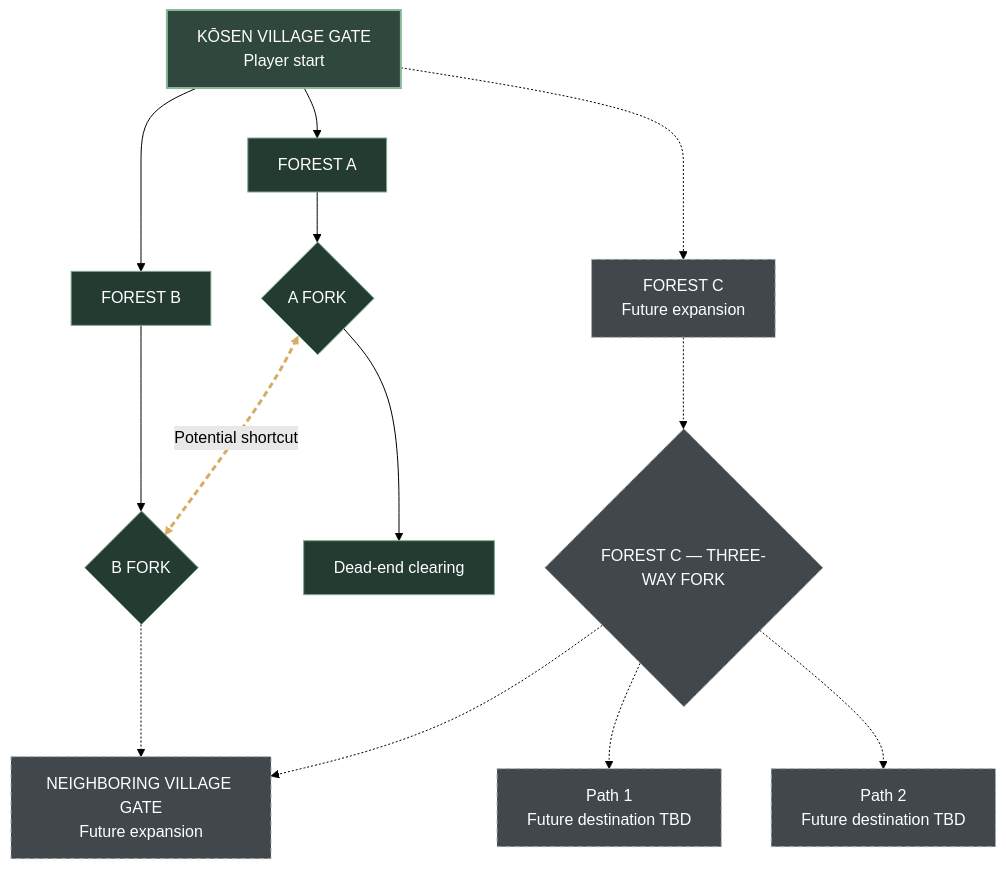
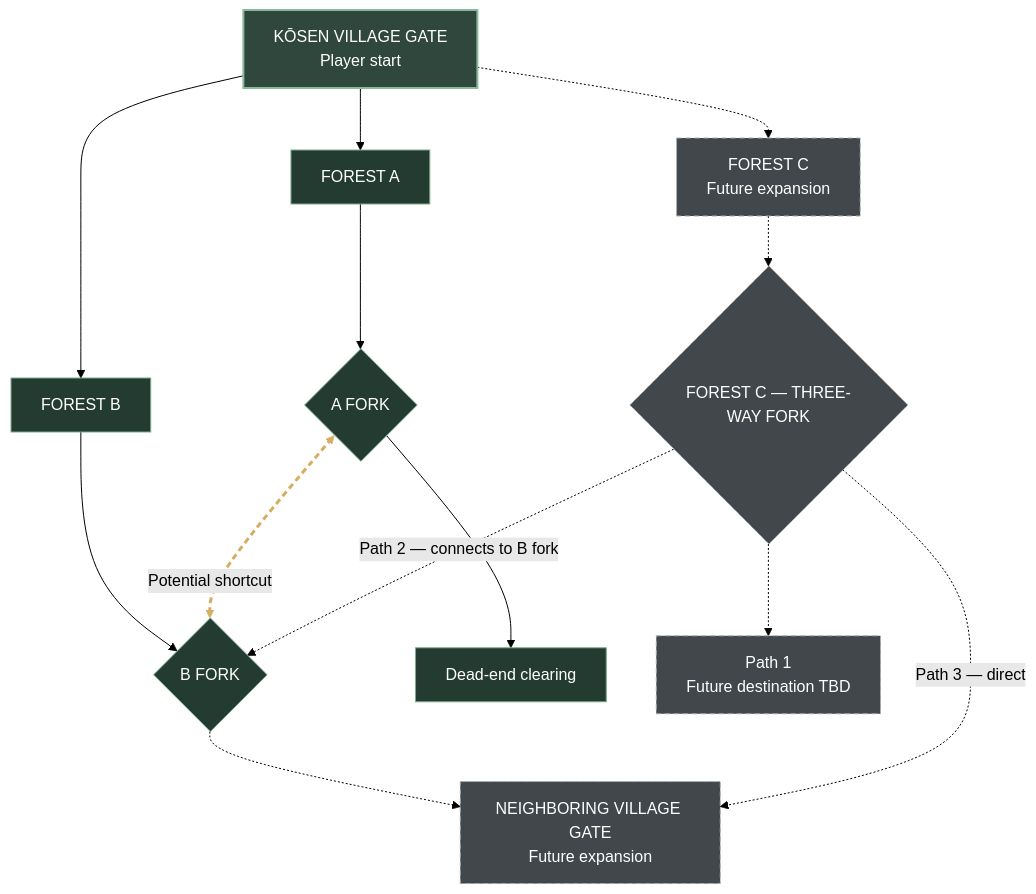
One commit to kiotdstudios/shinobi-rush changed the diagram in world/maps/FULL_WORLD_MAP.md. Above: the diagram before and after it, drawn with Mermaid (forest theme). The commit also changed other lines of this file, not shown here.

Commit message:
Connect Forest C path 2 to B fork and path 3 directly to neighboring village

````diff
--- a/world/maps/FULL_WORLD_MAP.md
+++ b/world/maps/FULL_WORLD_MAP.md
@@ -5,24 +5,24 @@
 ```mermaid
 flowchart TB
     G["KŌSEN VILLAGE GATE<br/>Player start"]
     G --> A["FOREST A"]
     G --> B["FOREST B"]
     G -.-> C["FOREST C<br/>Future expansion"]
     A --> AF{"A FORK"}
     B --> BF{"B FORK"}
     AF --> D["Dead-end clearing"]
     AF <-.->|"Potential shortcut"| BF
     BF -.-> N["NEIGHBORING VILLAGE GATE<br/>Future expansion"]
     C -.-> CF{"FOREST C — THREE-WAY FORK"}
     CF -.-> C1["Path 1<br/>Future destination TBD"]
-    CF -.-> C2["Path 2<br/>Future destination TBD"]
-    CF -.-> N
+    CF -.->|"Path 2 — connects to B fork"| BF
+    CF -.->|"Path 3 — direct"| N
 
     classDef start fill:#30473d,color:#fff,stroke:#89b99a,stroke-width:2px;
     classDef mvp fill:#243b32,color:#fff,stroke:#7dab8c;
     classDef future fill:#41474b,color:#fff,stroke:#a7aeb2,stroke-dasharray:5 4;
     class G start;
     class A,B,AF,BF,D mvp;
-    class C,CF,C1,C2,N future;
+    class C,CF,C1,N future;
     linkStyle 6 stroke:#d6ae63,stroke-width:3px,stroke-dasharray:6 4;
 ```
````
